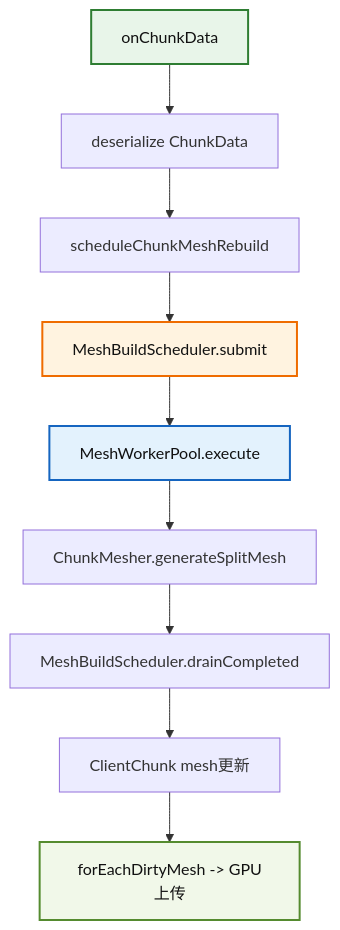
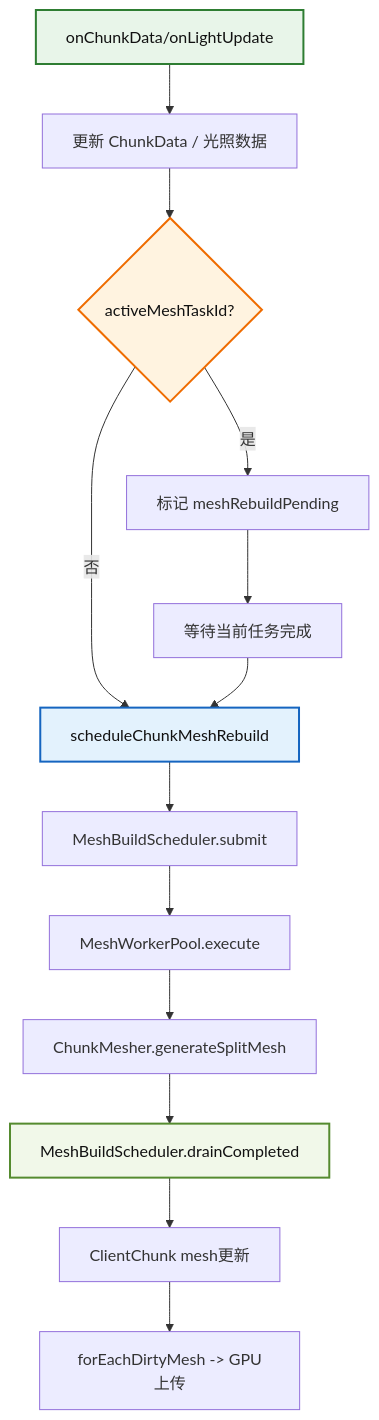
The second of 2 diagrams in src/client/world/README.md (g122622/Cubium), drawn with Mermaid before and after one commit. The commit also changed other lines of this file and 9 other files, not shown here.

````diff
--- a/src/client/world/README.md
+++ b/src/client/world/README.md
@@ -156,16 +159,20 @@
 ```mermaid
 flowchart TD
-    A[onChunkData] --> B[deserialize ChunkData]
-    B --> C[scheduleChunkMeshRebuild]
-    C --> D[MeshBuildScheduler.submit]
-    D --> E[MeshWorkerPool.execute]
-    E --> F[ChunkMesher.generateSplitMesh]
-    F --> G[MeshBuildScheduler.drainCompleted]
-    G --> H[ClientChunk mesh更新]
-    H --> I[forEachDirtyMesh -> GPU上传]
+  A[onChunkData/onLightUpdate] --> B[更新 ChunkData / 光照数据]
+  B --> C{activeMeshTaskId?}
+  C -->|是| D[标记 meshRebuildPending]
+  C -->|否| E[scheduleChunkMeshRebuild]
+  D --> F[等待当前任务完成]
+  F --> E
+  E --> G[MeshBuildScheduler.submit]
+  G --> H[MeshWorkerPool.execute]
+  H --> I[ChunkMesher.generateSplitMesh]
+  I --> J[MeshBuildScheduler.drainCompleted]
+  J --> K[ClientChunk mesh更新]
+  K --> L[forEachDirtyMesh -> GPU上传]
 
     style A fill:#e8f5e9,stroke:#2e7d32,stroke-width:2px,color:#111
-    style D fill:#fff3e0,stroke:#ef6c00,stroke-width:2px,color:#111
-    style E fill:#e3f2fd,stroke:#1565c0,stroke-width:2px,color:#111
-    style I fill:#f1f8e9,stroke:#558b2f,stroke-width:2px,color:#111
+  style C fill:#fff3e0,stroke:#ef6c00,stroke-width:2px,color:#111
+  style E fill:#e3f2fd,stroke:#1565c0,stroke-width:2px,color:#111
+  style J fill:#f1f8e9,stroke:#558b2f,stroke-width:2px,color:#111
 ```
````
